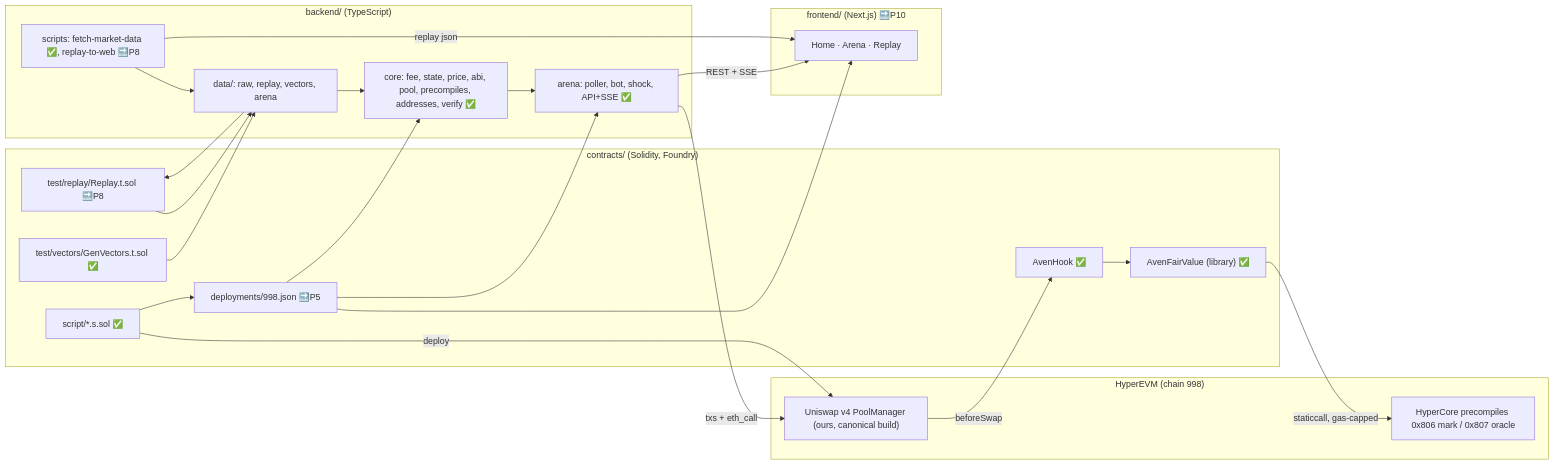
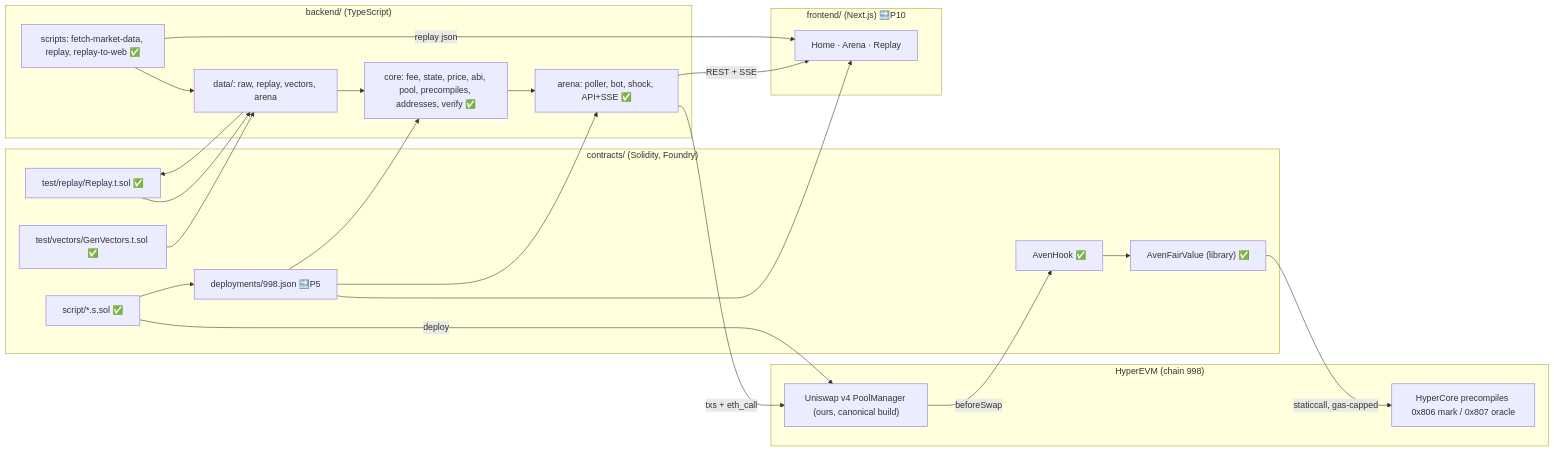
Before and after one commit to SATISH-JALAN/Aven: the diagram in docs/FLOW.md, drawn with Mermaid. The commit also changed other lines of this file and 18 other files, not shown here.

First line of the commit message:
feat(replay): four-pool replay engine over Hyperliquid data, results and web export

````diff
--- a/docs/FLOW.md
+++ b/docs/FLOW.md
@@ -13,34 +13,34 @@
 ```mermaid
 flowchart LR
   subgraph contracts["contracts/ (Solidity, Foundry)"]
     FV["AvenFairValue (library) ✅"]
     HK["AvenHook ✅"]
     SC["script/*.s.sol ✅"]
     DEP["deployments/998.json 🔜P5"]
-    REP["test/replay/Replay.t.sol 🔜P8"]
+    REP["test/replay/Replay.t.sol ✅"]
     VEC["test/vectors/GenVectors.t.sol ✅"]
   end
   subgraph chain["HyperEVM (chain 998)"]
     PM["Uniswap v4 PoolManager (ours, canonical build)"]
     PC["HyperCore precompiles 0x806 mark / 0x807 oracle"]
   end
   subgraph backend["backend/ (TypeScript)"]
     CORE["core: fee, state, price, abi, pool, precompiles, addresses, verify ✅"]
     ARENA["arena: poller, bot, shock, API+SSE ✅"]
-    SCR["scripts: fetch-market-data ✅, replay-to-web 🔜P8"]
+    SCR["scripts: fetch-market-data, replay, replay-to-web ✅"]
     DATA["data/: raw, replay, vectors, arena"]
   end
   subgraph frontend["frontend/ (Next.js) 🔜P10"]
     WEB["Home · Arena · Replay"]
   end
   SC -->|deploy| PM
   SC --> DEP
   PM -->|beforeSwap| HK --> FV -->|staticcall, gas-capped| PC
   DEP --> CORE & ARENA & WEB
   ARENA -->|txs + eth_call| PM
   ARENA -->|REST + SSE| WEB
   CORE --> ARENA
   VEC --> DATA --> CORE
   SCR --> DATA --> REP --> DATA
   SCR -->|replay json| WEB
 ```
````
